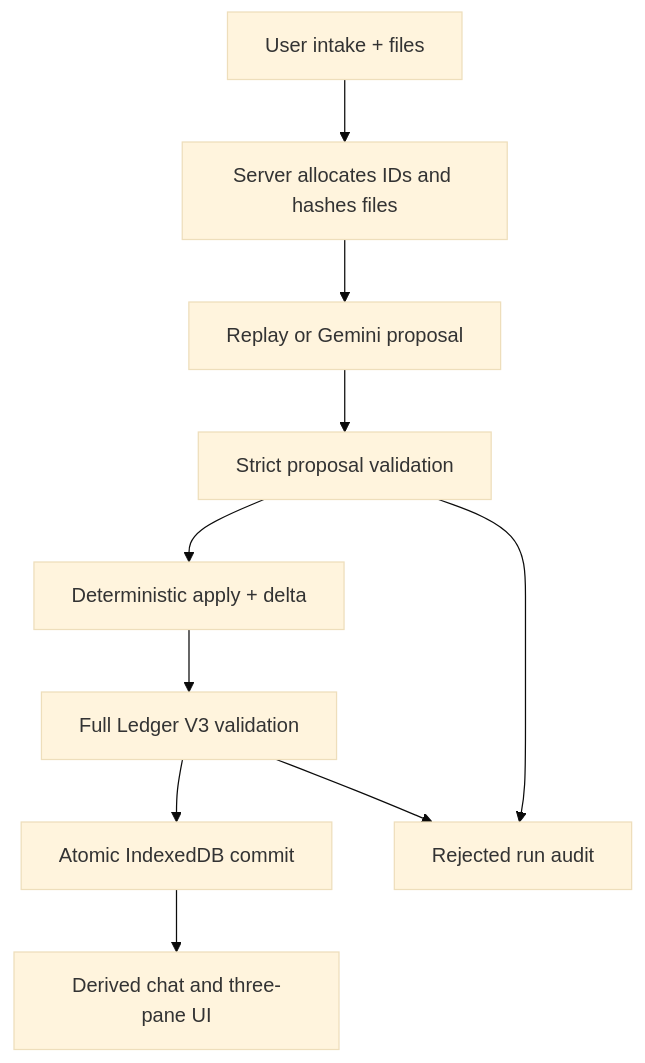
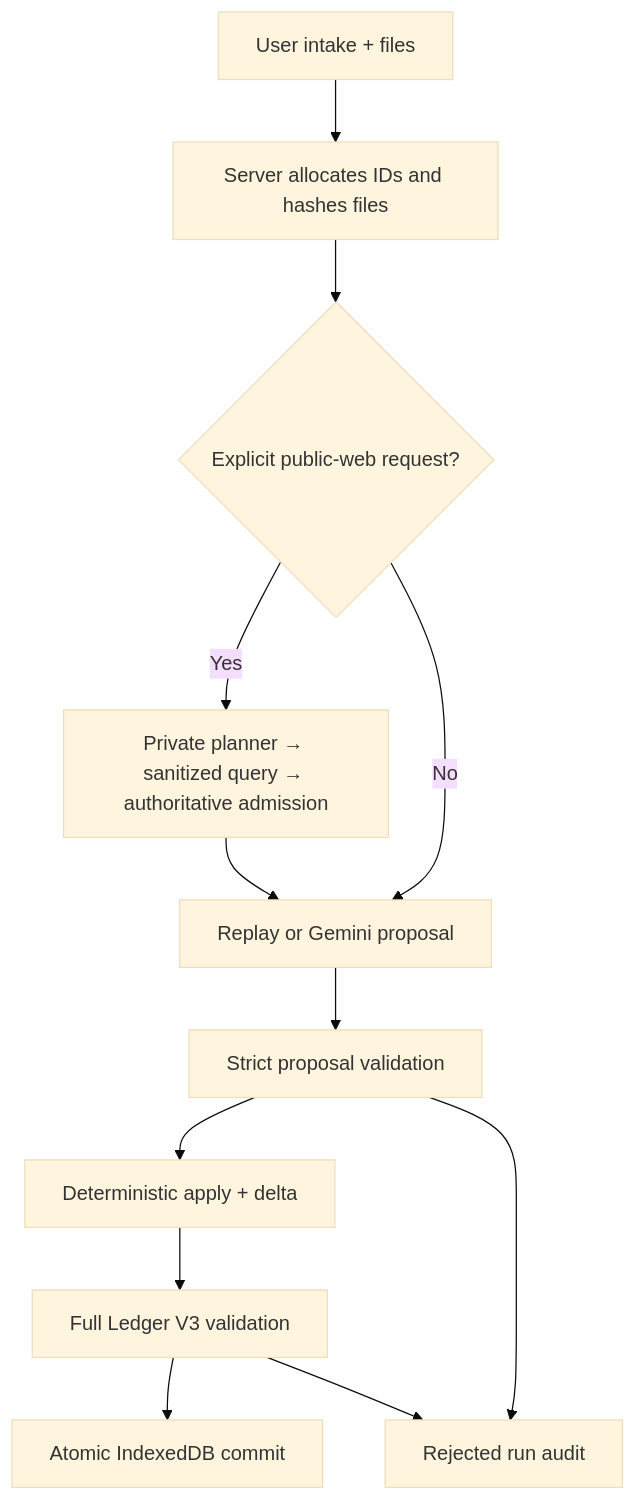
Before and after one commit to Yunero1206/Explainable-App: the diagram in docs/ARCHITECTURE.md, drawn with Mermaid (base theme). The commit also changed other lines of this file and 24 other files, not shown here.

Commit message:
feat: add authoritative web evidence retrieval

````diff
--- a/docs/ARCHITECTURE.md
+++ b/docs/ARCHITECTURE.md
@@ -5,12 +5,14 @@
 ```mermaid
 flowchart TD
   A["User intake + files"] --> B["Server allocates IDs and hashes files"]
-  B --> C["Replay or Gemini proposal"]
-  C --> D["Strict proposal validation"]
-  D --> E["Deterministic apply + delta"]
-  E --> F["Full Ledger V3 validation"]
-  F --> G["Atomic IndexedDB commit"]
-  G --> H["Derived chat and three-pane UI"]
-  D --> I["Rejected run audit"]
-  F --> I
+  B --> C{"Explicit public-web request?"}
+  C -->|"Yes"| D["Private planner → sanitized query → authoritative admission"]
+  C -->|"No"| E["Replay or Gemini proposal"]
+  D --> E
+  E --> F["Strict proposal validation"]
+  F --> G["Deterministic apply + delta"]
+  G --> H["Full Ledger V3 validation"]
+  H --> I["Atomic IndexedDB commit"]
+  F --> J["Rejected run audit"]
+  H --> J
 ```
````
